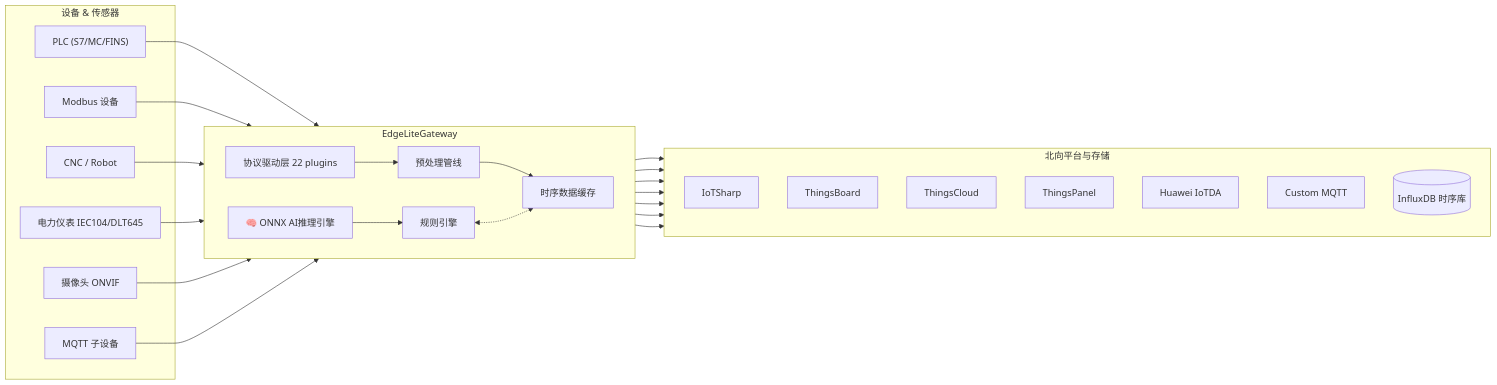
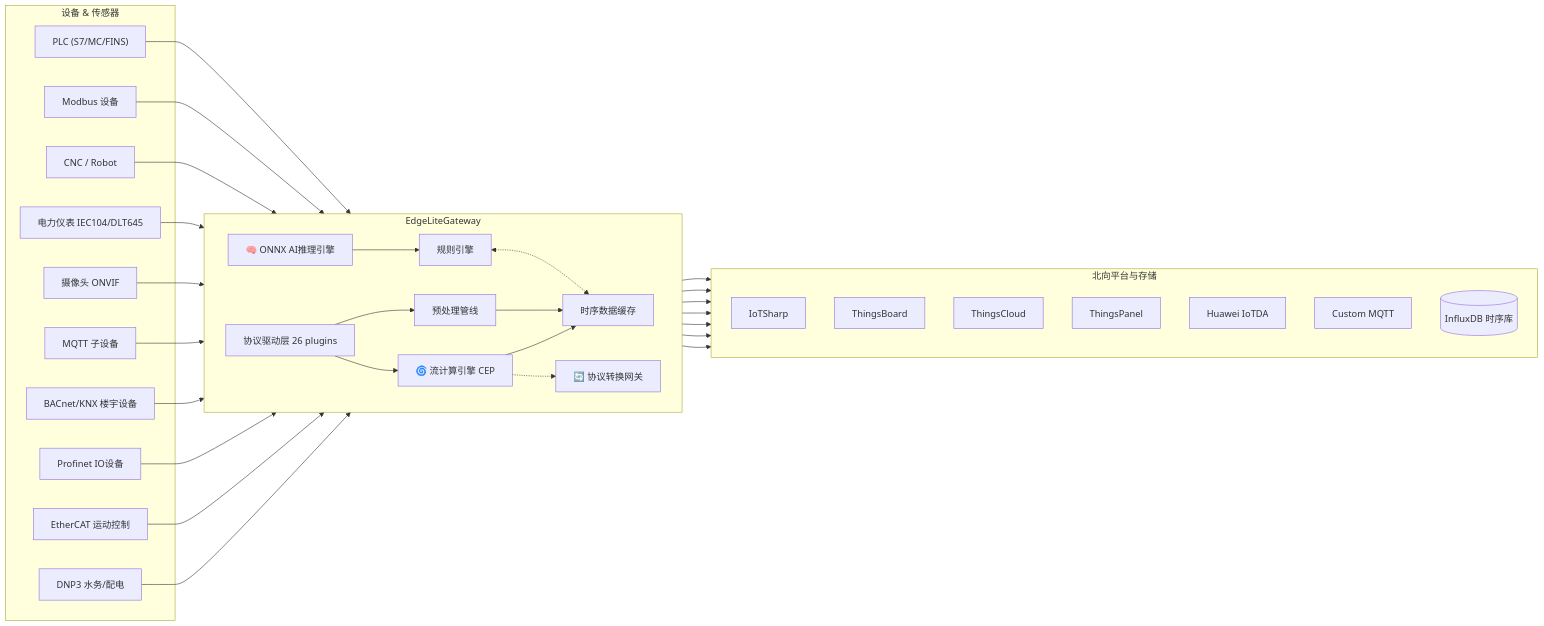
One commit to suoten/EdgeLiteGateway changed the first of 2 diagrams in README.md. Above: the diagram before and after it, drawn with Mermaid. The commit also changed other lines of this file and 154 other files, not shown here.

````diff
--- a/README.md
+++ b/README.md
@@ -246,38 +251,46 @@
 ```mermaid
 flowchart LR
     subgraph 南向设备["设备 & 传感器"]
         A1["PLC (S7/MC/FINS)"]
         A2["Modbus 设备"]
         A3["CNC / Robot"]
         A4["电力仪表 IEC104/DLT645"]
         A5["摄像头 ONVIF"]
         A6["MQTT 子设备"]
+        A7["BACnet/KNX 楼宇设备"]
+        A8["Profinet IO设备"]
+        A9["EtherCAT 运动控制"]
+        A10["DNP3 水务/配电"]
     end
 
     subgraph EdgeLite["EdgeLiteGateway"]
             direction LR
             B0[🧠 ONNX AI推理引擎]
-            B1[协议驱动层 22 plugins]
+            B1[协议驱动层 26 plugins]
             B2[规则引擎]
             B3[预处理管线]
             B4[时序数据缓存]
+            B5[🌀 流计算引擎 CEP]
+            B6[🔄 协议转换网关]
     end
 
     subgraph 北向对接["北向平台与存储"]
         direction TB
         C1["IoTSharp"]
         C2["ThingsBoard"]
         C3["ThingsCloud"]
         C4["ThingsPanel"]
         C5["Huawei IoTDA"]
         C6["Custom MQTT"]
         D[("InfluxDB 时序库")]
     end
 
-    A1 & A2 & A3 & A4 & A5 & A6 --> B1
+    A1 & A2 & A3 & A4 & A5 & A6 & A7 & A8 & A9 & A10 --> B1
     B0 --> B2
     B1 --> B3 --> B4
+    B1 --> B5 --> B4
+    B5 -.-> B6
     B4 --> D
     B4 --> C1 & C2 & C3 & C4 & C5 & C6
     B2 <-.-> B4
 ```
````
